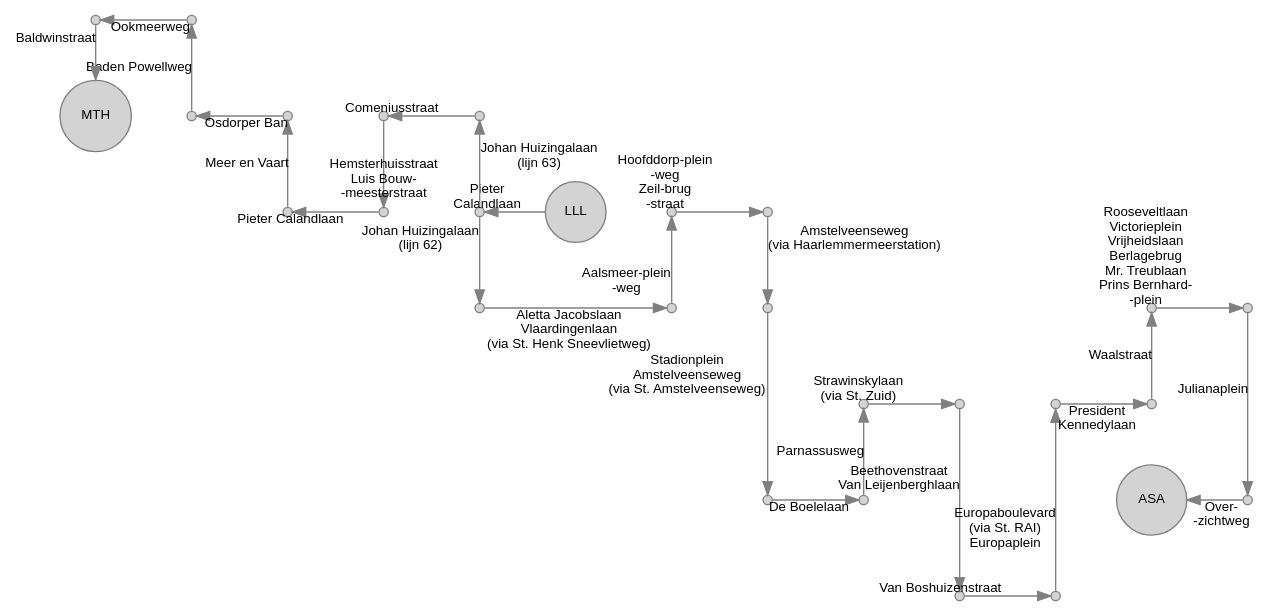
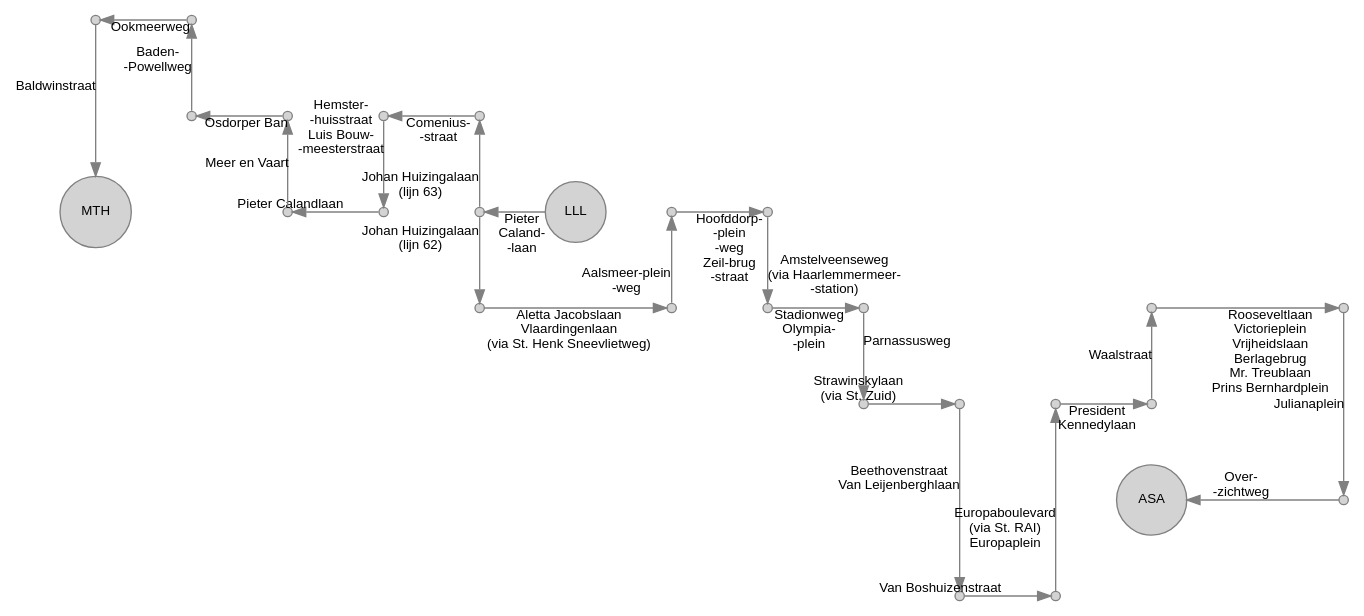
The diagram in gvb/LLL.gv (JacekPardyak/bus), drawn with Graphviz before and after one commit. The commit also changed 37 other files, not shown here.

```diff
--- a/gvb/LLL.gv
+++ b/gvb/LLL.gv
@@ -1,91 +1,95 @@
 digraph G {
   layout = neato
   node [shape = circle, style = filled, fillcolor = lightgray, color=gray, height=0.1, label = "", fontsize = 10, fontname = "Arial"]
   edge [color=gray, fontsize = 10, fontname = "Arial"]
 
-  # lijn 63
   6300 [pos = " 0, 0!", label = "LLL"]
   6301 [pos = "-1, 0!"]
   6302 [pos = "-1, 1!"]
   6303 [pos = "-2, 1!"]
   6304 [pos = "-2, 0!"]
   6305 [pos = "-3, 0!"]
   6306 [pos = "-3, 1!"]
   6307 [pos = "-4, 1!"]
   6308 [pos = "-4, 2!"]
   6309 [pos = "-5, 2!"]
-  6310 [pos = "-5, 1!", label = "MTH"]
+  6310 [pos = "-5, 0!", label = "MTH"]
 
   6202 [pos = "-1,-1!"]
   6203 [pos = " 2,-1!"]
   6204 [pos = " 1,-1!"]
   6205 [pos = " 1, 0!"]
   6206 [pos = " 2, 0!"]
-  6207 [pos = " 2,-3!"]
-  6208 [pos = " 3,-3!"]
+  6207 [pos = " 3,-1!"]
   6209 [pos = " 3,-2!"]
   6210 [pos = " 4,-2!"]
   6211 [pos = " 4,-4!"]
   6212 [pos = " 5,-4!"]
   6213 [pos = " 5,-2!"]
   6214 [pos = " 6,-2!"]
   6215 [pos = " 6,-1!"]
-  6216 [pos = " 7,-1!"]
-  6217 [pos = " 7,-3!"]
+  6216 [pos = " 8,-1!"]
+  6217 [pos = " 8,-3!"]
   6218 [pos = " 6,-3!", label = "ASA"]
 
   6300 -> 6301 [label = "Pieter 
- Calandlaan"]
+Caland-
+-laan"]
   6301 -> 6302 [label = "Johan Huizingalaan 
- (lijn 63)"]
-  6302 -> 6303 [label = "Comeniusstraat"]
-  6303 -> 6304 [label = "Hemsterhuisstraat 
- Luis Bouw-
+(lijn 63)"]
+  6302 -> 6303 [label = "Comenius-
+-straat"]
+  6303 -> 6304 [label = "Hemster-
+-huisstraat 
+Luis Bouw-
 -meesterstraat"]
   6304 -> 6305 [label = "Pieter Calandlaan"]
   6305 -> 6306 [label = "Meer en Vaart"]
   6306 -> 6307 [label = "Osdorper Ban"]
-  6307 -> 6308 [label = "Baden Powellweg"]
+  6307 -> 6308 [label = "Baden-
+-Powellweg"]
   6308 -> 6309 [label = "Ookmeerweg"]
   6309 -> 6310 [label = "Baldwinstraat"]
 
   6301 -> 6202 [label = "Johan Huizingalaan 
- (lijn 62)"]
+(lijn 62)"]
   6202 -> 6204 [label = "Aletta Jacobslaan 
  Vlaardingenlaan 
  (via St. Henk Sneevlietweg)"]
   6204 -> 6205 [label = "Aalsmeer-plein 
  -weg"]
-  6205 -> 6206 [label = "Hoofddorp-plein 
- -weg 
- Zeil-brug 
- -straat"]
+  6205 -> 6206 [label = "Hoofddorp-
+-plein 
+-weg 
+Zeil-brug 
+-straat
+  "]
   6206 -> 6203 [label = "Amstelveenseweg 
- (via Haarlemmermeerstation)"]
-  6203 -> 6207 [label = "Stadionplein 
- Amstelveenseweg 
- (via St. Amstelveenseweg)"]
-  6207 -> 6208 [label = "De Boelelaan"]
-  6208 -> 6209 [label = "Parnassusweg"]
+ (via Haarlemmermeer-
+ -station)"]
+  6203 -> 6207 [label = "Stadionweg
+Olympia-
+-plein"]
+  6207 -> 6209 [label = "Parnassusweg"]
   6209 -> 6210 [label = "Strawinskylaan 
  (via St. Zuid)"]
   6210 -> 6211 [label = "Beethovenstraat 
  Van Leijenberghlaan"]
   6211 -> 6212 [label = "Van Boshuizenstraat"]
   6212 -> 6213 [label = "Europaboulevard 
  (via St. RAI) 
  Europaplein"]
   6213 -> 6214 [label = "President 
  Kennedylaan"]
   6214 -> 6215 [label = "Waalstraat"]
   6215 -> 6216 [label = "Rooseveltlaan 
  Victorieplein 
  Vrijheidslaan 
  Berlagebrug 
  Mr. Treublaan 
- Prins Bernhard-
--plein"]
+ Prins Bernhardplein
+"]
   6216 -> 6217 [label = "Julianaplein"]
   6217 -> 6218 [label = "Over-
 -zichtweg"]
   }
```
